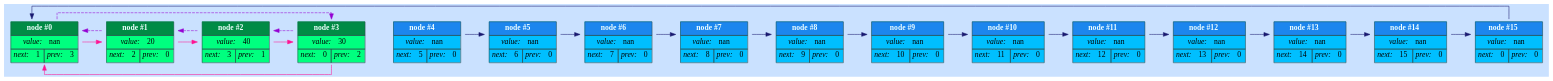
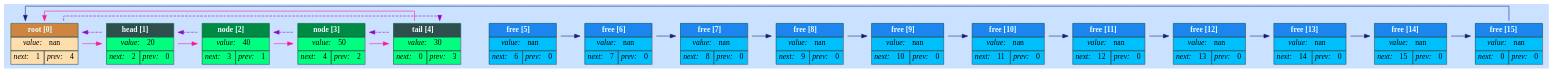
Before and after one commit to MeerkatBoss/compact_list: the diagram in tmp.dot, drawn with Graphviz. The commit also changed 9 other files, not shown here.

```diff
--- a/tmp.dot
+++ b/tmp.dot
@@ -1,124 +1,125 @@
 digraph G{
 layout=dot
 rankdir=LR
 splines=ortho
 nodesep=0.1
 overlap=voronoi
 bgcolor=lightsteelblue1
 node [shape=plaintext color=darkslategray]
-node0 [label=<<TABLE BORDER="0" CELLBORDER="1" CELLSPACING="0" CELLPADDING="4" BGCOLOR="springgreen">
-<TR><TD ALIGN="CENTER" COLSPAN="2" BGCOLOR="springgreen4"><FONT COLOR="azure"><B>node #0</B></FONT></TD></TR>
+node0 [label=<<TABLE BORDER="0" CELLBORDER="1" CELLSPACING="0" CELLPADDING="4" BGCOLOR="navajowhite">
+<TR><TD ALIGN="CENTER" COLSPAN="2" BGCOLOR="peru"><FONT COLOR="azure"><B>root [0]</B></FONT></TD></TR>
 <TR><TD COLSPAN="2"><I>value: </I> nan</TD></TR>
-<TR><TD><I>next: </I>1</TD><TD><I>prev: </I>3</TD></TR>
+<TR><TD><I>next: </I>1</TD><TD><I>prev: </I>4</TD></TR>
 </TABLE>>]
 node1 [label=<<TABLE BORDER="0" CELLBORDER="1" CELLSPACING="0" CELLPADDING="4" BGCOLOR="springgreen">
-<TR><TD ALIGN="CENTER" COLSPAN="2" BGCOLOR="springgreen4"><FONT COLOR="azure"><B>node #1</B></FONT></TD></TR>
+<TR><TD ALIGN="CENTER" COLSPAN="2" BGCOLOR="darkslategrey"><FONT COLOR="azure"><B>head [1]</B></FONT></TD></TR>
 <TR><TD COLSPAN="2"><I>value: </I> 20</TD></TR>
 <TR><TD><I>next: </I>2</TD><TD><I>prev: </I>0</TD></TR>
 </TABLE>>]
 node2 [label=<<TABLE BORDER="0" CELLBORDER="1" CELLSPACING="0" CELLPADDING="4" BGCOLOR="springgreen">
-<TR><TD ALIGN="CENTER" COLSPAN="2" BGCOLOR="springgreen4"><FONT COLOR="azure"><B>node #2</B></FONT></TD></TR>
+<TR><TD ALIGN="CENTER" COLSPAN="2" BGCOLOR="springgreen4"><FONT COLOR="azure"><B>node [2]</B></FONT></TD></TR>
 <TR><TD COLSPAN="2"><I>value: </I> 40</TD></TR>
 <TR><TD><I>next: </I>3</TD><TD><I>prev: </I>1</TD></TR>
 </TABLE>>]
 node3 [label=<<TABLE BORDER="0" CELLBORDER="1" CELLSPACING="0" CELLPADDING="4" BGCOLOR="springgreen">
-<TR><TD ALIGN="CENTER" COLSPAN="2" BGCOLOR="springgreen4"><FONT COLOR="azure"><B>node #3</B></FONT></TD></TR>
+<TR><TD ALIGN="CENTER" COLSPAN="2" BGCOLOR="springgreen4"><FONT COLOR="azure"><B>node [3]</B></FONT></TD></TR>
+<TR><TD COLSPAN="2"><I>value: </I> 50</TD></TR>
+<TR><TD><I>next: </I>4</TD><TD><I>prev: </I>2</TD></TR>
+</TABLE>>]
+node4 [label=<<TABLE BORDER="0" CELLBORDER="1" CELLSPACING="0" CELLPADDING="4" BGCOLOR="springgreen">
+<TR><TD ALIGN="CENTER" COLSPAN="2" BGCOLOR="darkslategrey"><FONT COLOR="azure"><B>tail [4]</B></FONT></TD></TR>
 <TR><TD COLSPAN="2"><I>value: </I> 30</TD></TR>
-<TR><TD><I>next: </I>0</TD><TD><I>prev: </I>2</TD></TR>
-</TABLE>>]
-node4 [label=<<TABLE BORDER="0" CELLBORDER="1" CELLSPACING="0" CELLPADDING="4" BGCOLOR="deepskyblue">
-<TR><TD ALIGN="CENTER" COLSPAN="2" BGCOLOR="dodgerblue2"><FONT COLOR="azure"><B>node #4</B></FONT></TD></TR>
-<TR><TD COLSPAN="2"><I>value: </I> nan</TD></TR>
-<TR><TD><I>next: </I>5</TD><TD><I>prev: </I>0</TD></TR>
+<TR><TD><I>next: </I>0</TD><TD><I>prev: </I>3</TD></TR>
 </TABLE>>]
 node5 [label=<<TABLE BORDER="0" CELLBORDER="1" CELLSPACING="0" CELLPADDING="4" BGCOLOR="deepskyblue">
-<TR><TD ALIGN="CENTER" COLSPAN="2" BGCOLOR="dodgerblue2"><FONT COLOR="azure"><B>node #5</B></FONT></TD></TR>
+<TR><TD ALIGN="CENTER" COLSPAN="2" BGCOLOR="dodgerblue2"><FONT COLOR="azure"><B>free [5]</B></FONT></TD></TR>
 <TR><TD COLSPAN="2"><I>value: </I> nan</TD></TR>
 <TR><TD><I>next: </I>6</TD><TD><I>prev: </I>0</TD></TR>
 </TABLE>>]
 node6 [label=<<TABLE BORDER="0" CELLBORDER="1" CELLSPACING="0" CELLPADDING="4" BGCOLOR="deepskyblue">
-<TR><TD ALIGN="CENTER" COLSPAN="2" BGCOLOR="dodgerblue2"><FONT COLOR="azure"><B>node #6</B></FONT></TD></TR>
+<TR><TD ALIGN="CENTER" COLSPAN="2" BGCOLOR="dodgerblue2"><FONT COLOR="azure"><B>free [6]</B></FONT></TD></TR>
 <TR><TD COLSPAN="2"><I>value: </I> nan</TD></TR>
 <TR><TD><I>next: </I>7</TD><TD><I>prev: </I>0</TD></TR>
 </TABLE>>]
 node7 [label=<<TABLE BORDER="0" CELLBORDER="1" CELLSPACING="0" CELLPADDING="4" BGCOLOR="deepskyblue">
-<TR><TD ALIGN="CENTER" COLSPAN="2" BGCOLOR="dodgerblue2"><FONT COLOR="azure"><B>node #7</B></FONT></TD></TR>
+<TR><TD ALIGN="CENTER" COLSPAN="2" BGCOLOR="dodgerblue2"><FONT COLOR="azure"><B>free [7]</B></FONT></TD></TR>
 <TR><TD COLSPAN="2"><I>value: </I> nan</TD></TR>
 <TR><TD><I>next: </I>8</TD><TD><I>prev: </I>0</TD></TR>
 </TABLE>>]
 node8 [label=<<TABLE BORDER="0" CELLBORDER="1" CELLSPACING="0" CELLPADDING="4" BGCOLOR="deepskyblue">
-<TR><TD ALIGN="CENTER" COLSPAN="2" BGCOLOR="dodgerblue2"><FONT COLOR="azure"><B>node #8</B></FONT></TD></TR>
+<TR><TD ALIGN="CENTER" COLSPAN="2" BGCOLOR="dodgerblue2"><FONT COLOR="azure"><B>free [8]</B></FONT></TD></TR>
 <TR><TD COLSPAN="2"><I>value: </I> nan</TD></TR>
 <TR><TD><I>next: </I>9</TD><TD><I>prev: </I>0</TD></TR>
 </TABLE>>]
 node9 [label=<<TABLE BORDER="0" CELLBORDER="1" CELLSPACING="0" CELLPADDING="4" BGCOLOR="deepskyblue">
-<TR><TD ALIGN="CENTER" COLSPAN="2" BGCOLOR="dodgerblue2"><FONT COLOR="azure"><B>node #9</B></FONT></TD></TR>
+<TR><TD ALIGN="CENTER" COLSPAN="2" BGCOLOR="dodgerblue2"><FONT COLOR="azure"><B>free [9]</B></FONT></TD></TR>
 <TR><TD COLSPAN="2"><I>value: </I> nan</TD></TR>
 <TR><TD><I>next: </I>10</TD><TD><I>prev: </I>0</TD></TR>
 </TABLE>>]
 node10 [label=<<TABLE BORDER="0" CELLBORDER="1" CELLSPACING="0" CELLPADDING="4" BGCOLOR="deepskyblue">
-<TR><TD ALIGN="CENTER" COLSPAN="2" BGCOLOR="dodgerblue2"><FONT COLOR="azure"><B>node #10</B></FONT></TD></TR>
+<TR><TD ALIGN="CENTER" COLSPAN="2" BGCOLOR="dodgerblue2"><FONT COLOR="azure"><B>free [10]</B></FONT></TD></TR>
 <TR><TD COLSPAN="2"><I>value: </I> nan</TD></TR>
 <TR><TD><I>next: </I>11</TD><TD><I>prev: </I>0</TD></TR>
 </TABLE>>]
 node11 [label=<<TABLE BORDER="0" CELLBORDER="1" CELLSPACING="0" CELLPADDING="4" BGCOLOR="deepskyblue">
-<TR><TD ALIGN="CENTER" COLSPAN="2" BGCOLOR="dodgerblue2"><FONT COLOR="azure"><B>node #11</B></FONT></TD></TR>
+<TR><TD ALIGN="CENTER" COLSPAN="2" BGCOLOR="dodgerblue2"><FONT COLOR="azure"><B>free [11]</B></FONT></TD></TR>
 <TR><TD COLSPAN="2"><I>value: </I> nan</TD></TR>
 <TR><TD><I>next: </I>12</TD><TD><I>prev: </I>0</TD></TR>
 </TABLE>>]
 node12 [label=<<TABLE BORDER="0" CELLBORDER="1" CELLSPACING="0" CELLPADDING="4" BGCOLOR="deepskyblue">
-<TR><TD ALIGN="CENTER" COLSPAN="2" BGCOLOR="dodgerblue2"><FONT COLOR="azure"><B>node #12</B></FONT></TD></TR>
+<TR><TD ALIGN="CENTER" COLSPAN="2" BGCOLOR="dodgerblue2"><FONT COLOR="azure"><B>free [12]</B></FONT></TD></TR>
 <TR><TD COLSPAN="2"><I>value: </I> nan</TD></TR>
 <TR><TD><I>next: </I>13</TD><TD><I>prev: </I>0</TD></TR>
 </TABLE>>]
 node13 [label=<<TABLE BORDER="0" CELLBORDER="1" CELLSPACING="0" CELLPADDING="4" BGCOLOR="deepskyblue">
-<TR><TD ALIGN="CENTER" COLSPAN="2" BGCOLOR="dodgerblue2"><FONT COLOR="azure"><B>node #13</B></FONT></TD></TR>
+<TR><TD ALIGN="CENTER" COLSPAN="2" BGCOLOR="dodgerblue2"><FONT COLOR="azure"><B>free [13]</B></FONT></TD></TR>
 <TR><TD COLSPAN="2"><I>value: </I> nan</TD></TR>
 <TR><TD><I>next: </I>14</TD><TD><I>prev: </I>0</TD></TR>
 </TABLE>>]
 node14 [label=<<TABLE BORDER="0" CELLBORDER="1" CELLSPACING="0" CELLPADDING="4" BGCOLOR="deepskyblue">
-<TR><TD ALIGN="CENTER" COLSPAN="2" BGCOLOR="dodgerblue2"><FONT COLOR="azure"><B>node #14</B></FONT></TD></TR>
+<TR><TD ALIGN="CENTER" COLSPAN="2" BGCOLOR="dodgerblue2"><FONT COLOR="azure"><B>free [14]</B></FONT></TD></TR>
 <TR><TD COLSPAN="2"><I>value: </I> nan</TD></TR>
 <TR><TD><I>next: </I>15</TD><TD><I>prev: </I>0</TD></TR>
 </TABLE>>]
 node15 [label=<<TABLE BORDER="0" CELLBORDER="1" CELLSPACING="0" CELLPADDING="4" BGCOLOR="deepskyblue">
-<TR><TD ALIGN="CENTER" COLSPAN="2" BGCOLOR="dodgerblue2"><FONT COLOR="azure"><B>node #15</B></FONT></TD></TR>
+<TR><TD ALIGN="CENTER" COLSPAN="2" BGCOLOR="dodgerblue2"><FONT COLOR="azure"><B>free [15]</B></FONT></TD></TR>
 <TR><TD COLSPAN="2"><I>value: </I> nan</TD></TR>
 <TR><TD><I>next: </I>0</TD><TD><I>prev: </I>0</TD></TR>
 </TABLE>>]
 node0->node1 [weight=999999 color=none]
 node0->node1 [weight=0 color=deeppink]
-node0->node3 [weight=0 color=darkviolet style=dashed]
+node0->node4 [weight=0 color=darkviolet style=dashed]
 node1->node2 [weight=999999 color=none]
 node1->node2 [weight=0 color=deeppink]
 node1->node0 [weight=0 color=darkviolet style=dashed]
 node2->node3 [weight=999999 color=none]
 node2->node3 [weight=0 color=deeppink]
 node2->node1 [weight=0 color=darkviolet style=dashed]
 node3->node4 [weight=999999 color=none]
-node3->node0 [weight=0 color=deeppink]
+node3->node4 [weight=0 color=deeppink]
 node3->node2 [weight=0 color=darkviolet style=dashed]
 node4->node5 [weight=999999 color=none]
-node4->node5 [weight=0 color=midnightblue]
+node4->node0 [weight=0 color=deeppink]
+node4->node3 [weight=0 color=darkviolet style=dashed]
 node5->node6 [weight=999999 color=none]
 node5->node6 [weight=0 color=midnightblue]
 node6->node7 [weight=999999 color=none]
 node6->node7 [weight=0 color=midnightblue]
 node7->node8 [weight=999999 color=none]
 node7->node8 [weight=0 color=midnightblue]
 node8->node9 [weight=999999 color=none]
 node8->node9 [weight=0 color=midnightblue]
 node9->node10 [weight=999999 color=none]
 node9->node10 [weight=0 color=midnightblue]
 node10->node11 [weight=999999 color=none]
 node10->node11 [weight=0 color=midnightblue]
 node11->node12 [weight=999999 color=none]
 node11->node12 [weight=0 color=midnightblue]
 node12->node13 [weight=999999 color=none]
 node12->node13 [weight=0 color=midnightblue]
 node13->node14 [weight=999999 color=none]
 node13->node14 [weight=0 color=midnightblue]
 node14->node15 [weight=999999 color=none]
 node14->node15 [weight=0 color=midnightblue]
 node15->node0 [weight=0 color=midnightblue]
 }
```
